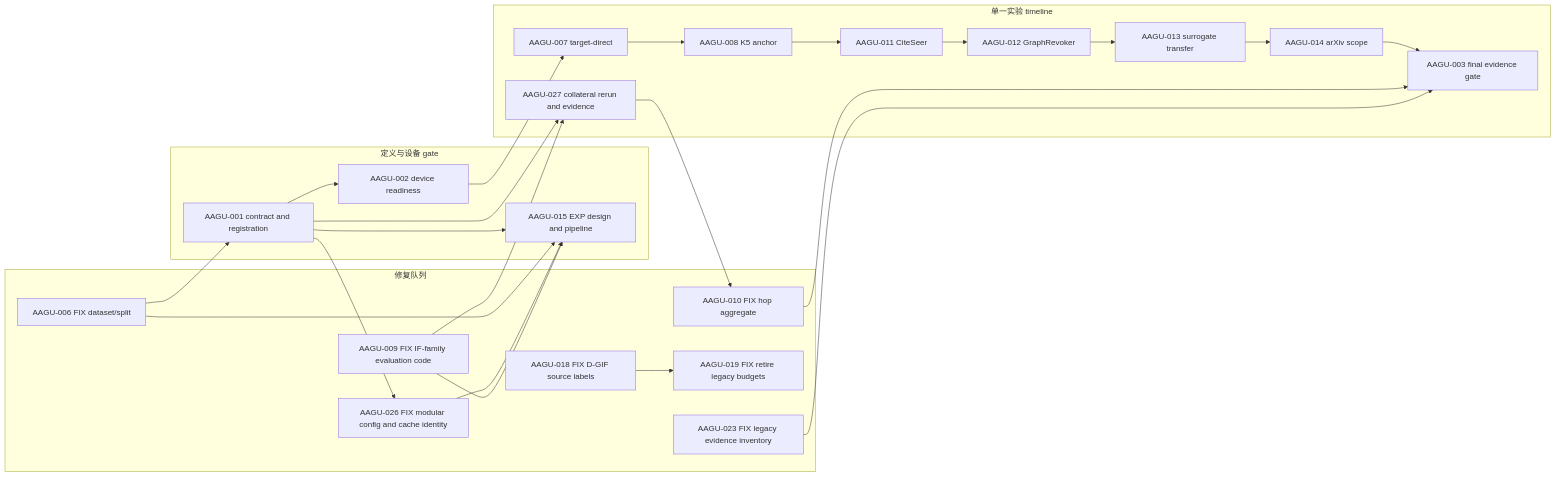
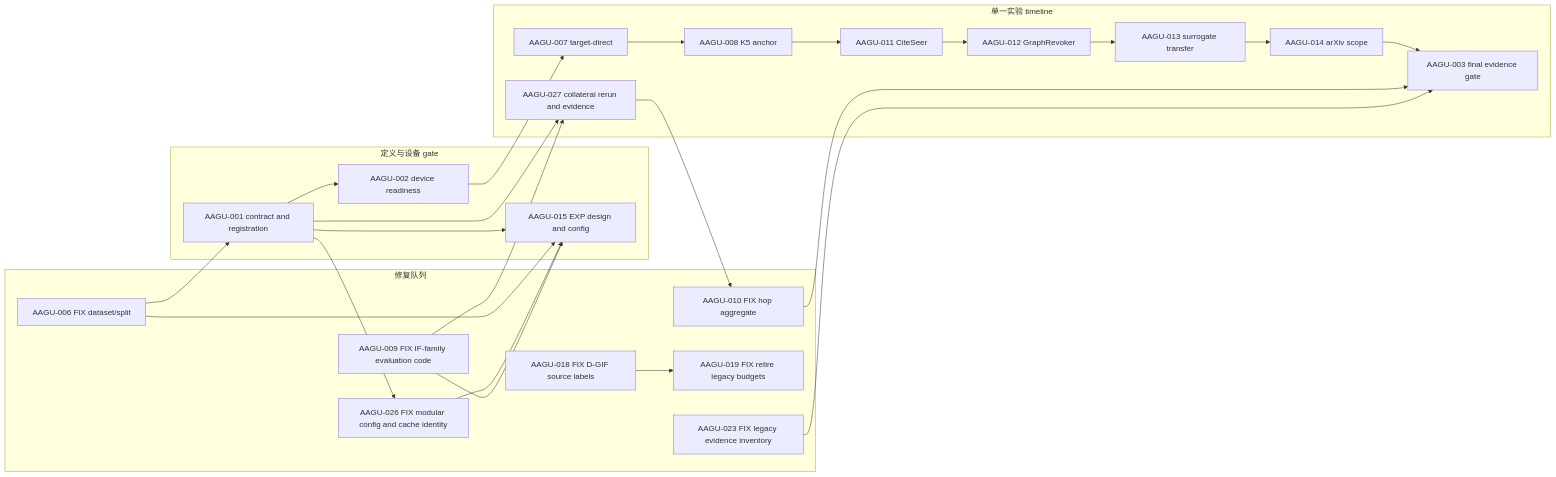
One commit to lelelelelelelelelelelelele/OpenGU changed the diagram in GULib-master/self/dashboard/WORKPLAN.md. Above: the diagram before and after it, drawn with Mermaid. The commit also changed other lines of this file and 9 other files, not shown here.

````diff
--- a/GULib-master/self/dashboard/WORKPLAN.md
+++ b/GULib-master/self/dashboard/WORKPLAN.md
@@ -75,43 +75,43 @@
 ```mermaid
 flowchart LR
   subgraph Repair[修复队列]
     R0[AAGU-006 FIX dataset/split]
     R1[AAGU-009 FIX IF-family evaluation code]
     R2[AAGU-010 FIX hop aggregate]
     R3[AAGU-018 FIX D-GIF source labels]
     R4[AAGU-019 FIX retire legacy budgets]
     R5[AAGU-023 FIX legacy evidence inventory]
     R6[AAGU-026 FIX modular config and cache identity]
     R3 --> R4
   end
 
   subgraph Gates[定义与设备 gate]
-    T0[AAGU-015 EXP design and pipeline]
+    T0[AAGU-015 EXP design and config]
     G0[AAGU-001 contract and registration]
     G1[AAGU-002 device readiness]
     R0 --> G0 --> T0
     R0 --> T0
     R6 --> T0
     R1 --> T0
     G0 --> G1
   end
 
   subgraph Experiments[单一实验 timeline]
     X0[AAGU-007 target-direct]
     X1[AAGU-008 K5 anchor]
     X2[AAGU-011 CiteSeer]
     X3[AAGU-012 GraphRevoker]
     X4[AAGU-013 surrogate transfer]
     X5[AAGU-014 arXiv scope]
     X6[AAGU-027 collateral rerun and evidence]
     G2[AAGU-003 final evidence gate]
     X0 --> X1 --> X2 --> X3 --> X4 --> X5 --> G2
   end
 
   G1 --> X0
   G0 --> R6
   G0 --> X6
   R1 --> X6 --> R2
   R2 --> G2
   R5 --> G2
 ```
````
